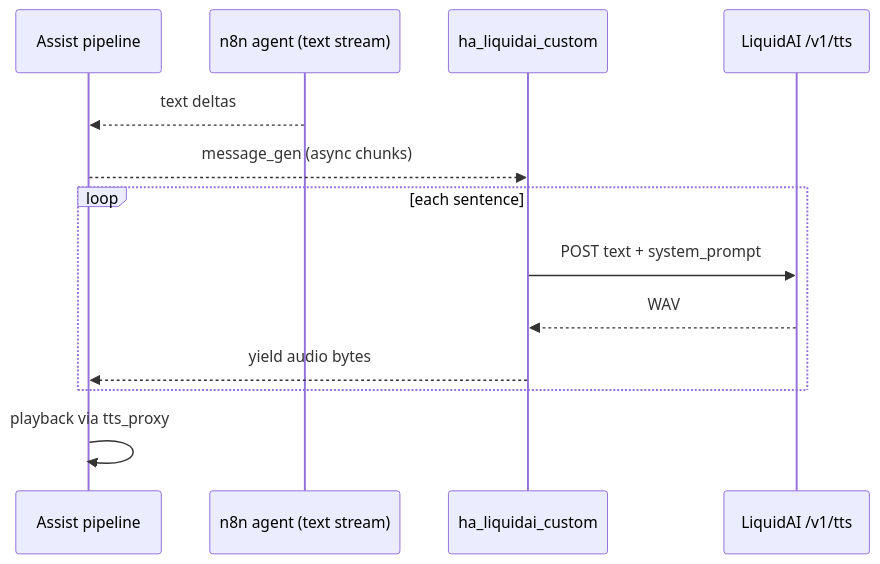
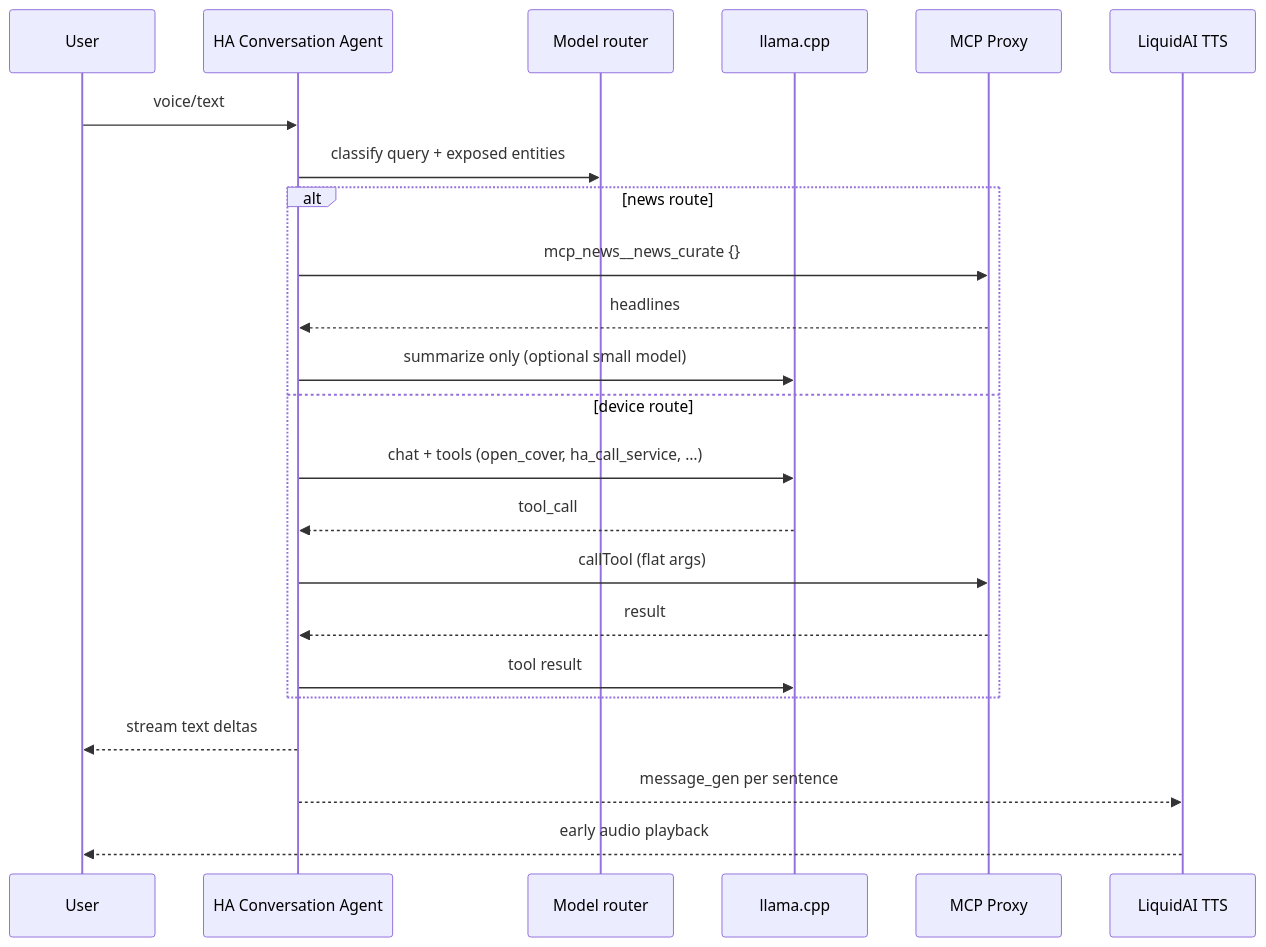
One commit to holger81/ha_liquidai changed the second of 2 diagrams in PLAN.md. Above: the diagram before and after it, drawn with Mermaid. The commit also changed other lines of this file and 16 other files, not shown here.

First line of the commit message:
Add native LiquidAI STT for Assist speech-to-text.

````diff
--- a/PLAN.md
+++ b/PLAN.md
@@ -56,16 +64,26 @@
 ```mermaid
 sequenceDiagram
-  participant Pipe as Assist pipeline
-  participant Agent as n8n agent (text stream)
-  participant TTS as ha_liquidai_custom
-  participant LAI as LiquidAI /v1/tts
+  participant User
+  participant HA as HA Conversation Agent
+  participant Router as Model router
+  participant LLM as llama.cpp
+  participant MCP as MCP Proxy
+  participant TTS as LiquidAI TTS
 
-  Agent-->>Pipe: text deltas
-  Pipe-->>TTS: message_gen (async chunks)
-  loop each sentence
-    TTS->>LAI: POST text + system_prompt
-    LAI-->>TTS: WAV
-    TTS-->>Pipe: yield audio bytes
+  User->>HA: voice/text
+  HA->>Router: classify query + exposed entities
+  alt news route
+    HA->>MCP: mcp_news__news_curate {}
+    MCP-->>HA: headlines
+    HA->>LLM: summarize only (optional small model)
+  else device route
+    HA->>LLM: chat + tools (open_cover, ha_call_service, …)
+    LLM-->>HA: tool_call
+    HA->>MCP: callTool (flat args)
+    MCP-->>HA: result
+    HA->>LLM: tool result
   end
-  Pipe->>Pipe: playback via tts_proxy
+  HA-->>User: stream text deltas
+  HA-->>TTS: message_gen per sentence
+  TTS-->>User: early audio playback
 ```
````
